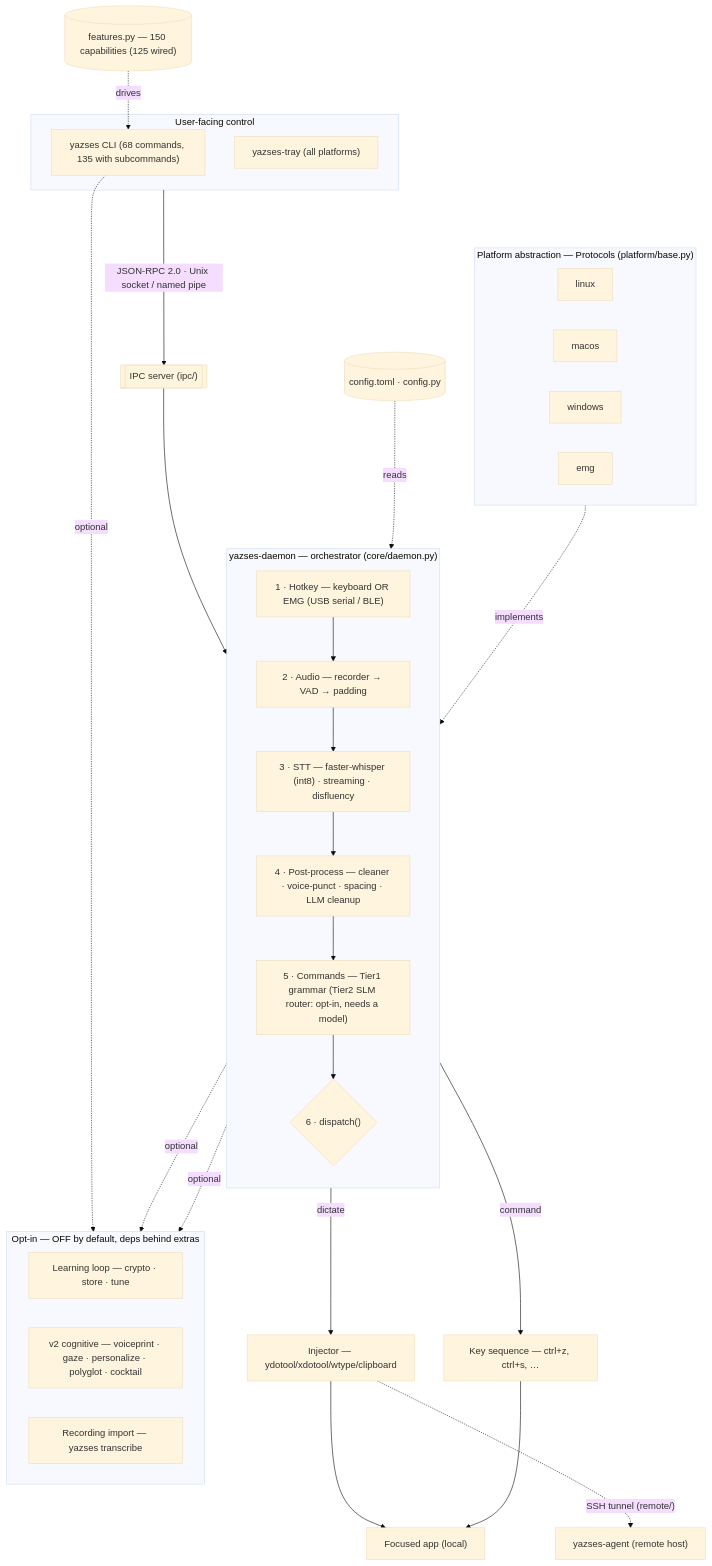
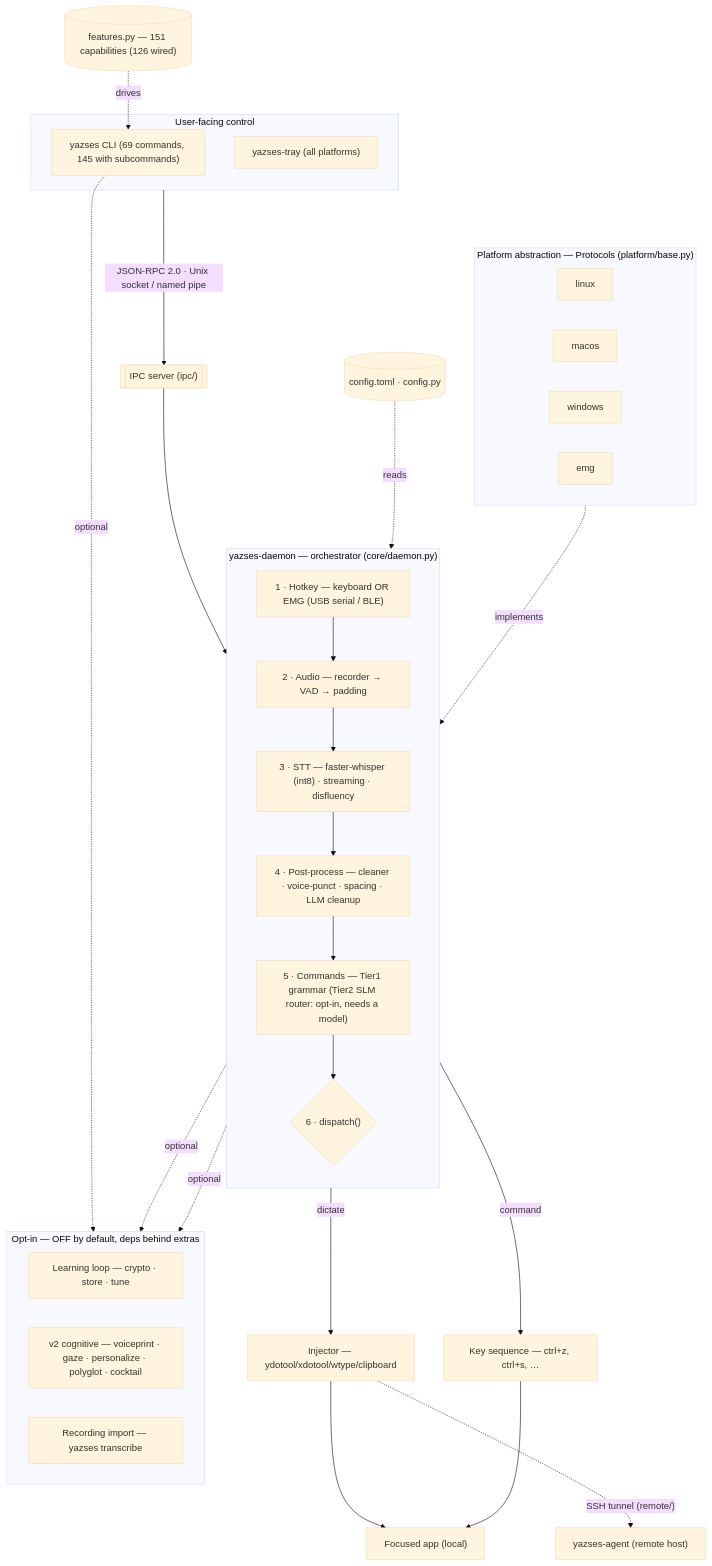
Before and after one commit to MSKazemi/yazses: the diagram in docs/diagrams/index.md, drawn with Mermaid (base theme). The commit also changed 69 other files, not shown here.

````diff
--- a/docs/diagrams/index.md
+++ b/docs/diagrams/index.md
@@ -22,50 +22,50 @@
 ```mermaid
 flowchart TB
   subgraph UI["User-facing control"]
-    CLI["yazses CLI (68 commands, 135 with subcommands)"]
+    CLI["yazses CLI (69 commands, 145 with subcommands)"]
     TRAY["yazses-tray (all platforms)"]
   end
   UI -->|"JSON-RPC 2.0 · Unix socket / named pipe"| IPC[["IPC server (ipc/)"]]
   IPC --> DAEMON
 
   subgraph DAEMON["yazses-daemon — orchestrator (core/daemon.py)"]
     direction TB
     HK["1 · Hotkey — keyboard OR EMG (USB serial / BLE)"]
     AUD["2 · Audio — recorder → VAD → padding"]
     STT["3 · STT — faster-whisper (int8) · streaming · disfluency"]
     PP["4 · Post-process — cleaner · voice-punct · spacing · LLM cleanup"]
     CMD["5 · Commands — Tier1 grammar (Tier2 SLM router: opt-in, needs a model)"]
     DIS{"6 · dispatch()"}
     HK --> AUD --> STT --> PP --> CMD --> DIS
   end
 
   CFG[("config.toml · config.py")]
-  FEAT[("features.py — 150 capabilities (125 wired)")]
+  FEAT[("features.py — 151 capabilities (126 wired)")]
   CFG -. reads .-> DAEMON
   FEAT -. drives .-> CLI
 
   DIS -->|dictate| INJ["Injector — ydotool/xdotool/wtype/clipboard"]
   DIS -->|command| KEYS["Key sequence — ctrl+z, ctrl+s, …"]
   INJ --> APP["Focused app (local)"]
   KEYS --> APP
   INJ -. "SSH tunnel (remote/)" .-> AGENT["yazses-agent (remote host)"]
 
   subgraph PLAT["Platform abstraction — Protocols (platform/base.py)"]
     direction LR
     LNX["linux"]
     MAC["macos"]
     WIN["windows"]
     EMG["emg"]
   end
   PLAT -. implements .-> DAEMON
 
   subgraph OPT["Opt-in — OFF by default, deps behind extras"]
     direction LR
     LEARN["Learning loop — crypto · store · tune"]
     V2["v2 cognitive — voiceprint · gaze · personalize · polyglot · cocktail"]
     RECIMP["Recording import — yazses transcribe"]
   end
   DAEMON -. optional .-> LEARN
   DAEMON -. optional .-> V2
   CLI -. optional .-> RECIMP
 ```
````
